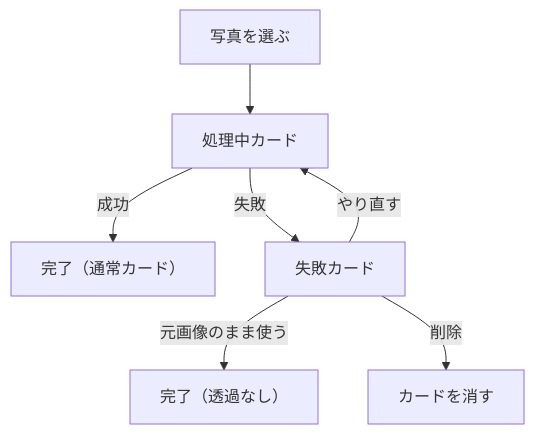
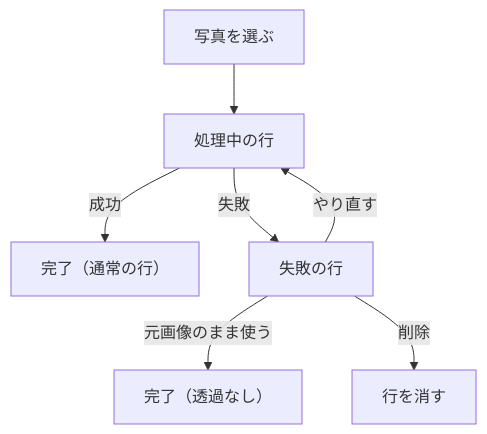
Before and after one commit to 3bch/kimono-coordinator: the second of 2 diagrams in docs/wireframes.md, drawn with Mermaid. The commit also changed other lines of this file and 3 other files, not shown here.

````diff
--- a/docs/wireframes.md
+++ b/docs/wireframes.md
@@ -115,9 +139,9 @@
 ```mermaid
 flowchart TD
-    pick["写真を選ぶ"] --> processing["処理中カード"]
-    processing -- 成功 --> done["完了（通常カード）"]
-    processing -- 失敗 --> failed["失敗カード"]
+    pick["写真を選ぶ"] --> processing["処理中の行"]
+    processing -- 成功 --> done["完了（通常の行）"]
+    processing -- 失敗 --> failed["失敗の行"]
     failed -- やり直す --> processing
     failed -- 元画像のまま使う --> raw["完了（透過なし）"]
-    failed -- 削除 --> removed["カードを消す"]
+    failed -- 削除 --> removed["行を消す"]
 ```
````
